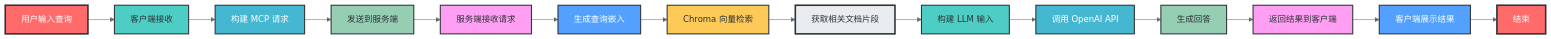
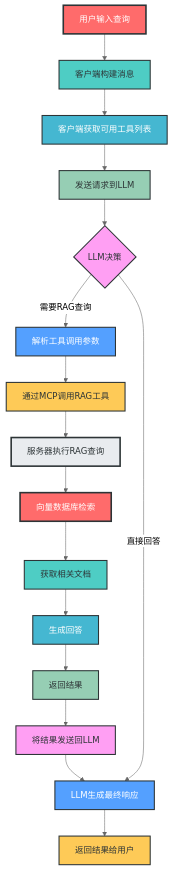
One commit to amuqiao/mcp_rag_llm changed the fourth of 4 diagrams in mcp_rag_langchain/README.md. Above: the diagram before and after it, drawn with Mermaid (neutral theme). The commit also changed other lines of this file and 4 other files, not shown here.

````diff
--- a/mcp_rag_langchain/README.md
+++ b/mcp_rag_langchain/README.md
@@ -157,31 +210,34 @@
 ```mermaid
-flowchart LR
-    A[用户输入查询] --> B[客户端接收]
-    B --> C[构建 MCP 请求]
-    C --> D[发送到服务端]
-    D --> E[服务端接收请求]
-    E --> F[生成查询嵌入]
-    F --> G[Chroma 向量检索]
-    G --> H[获取相关文档片段]
-    H --> I[构建 LLM 输入]
-    I --> J[调用 OpenAI API]
+flowchart TD
+    A[用户输入查询] --> B[客户端构建消息]
+    B --> C[客户端获取可用工具列表]
+    C --> D[发送请求到LLM]
+    D --> E{LLM决策}
+    E -->|需要RAG查询| F[解析工具调用参数]
+    F --> G[通过MCP调用RAG工具]
+    G --> H[服务器执行RAG查询]
+    H --> I[向量数据库检索]
+    I --> J[获取相关文档]
     J --> K[生成回答]
-    K --> L[返回结果到客户端]
-    L --> M[客户端展示结果]
-    M --> N[结束]
+    K --> L[返回结果]
+    L --> M[将结果发送回LLM]
+    M --> N[LLM生成最终响应]
+    N --> O[返回结果给用户]
+    E -->|直接回答| N
     
     style A fill:#FF6B6B,stroke:#2D3436,stroke-width:3px,color:white
     style B fill:#4ECDC4,stroke:#2D3436,stroke-width:2px,color:#2D3436
     style C fill:#45B7D1,stroke:#2D3436,stroke-width:2px,color:white
     style D fill:#96CEB4,stroke:#2D3436,stroke-width:2px,color:#2D3436
     style E fill:#FF9FF3,stroke:#2D3436,stroke-width:2px,color:#2D3436
     style F fill:#54A0FF,stroke:#2D3436,stroke-width:2px,color:white
     style G fill:#FECA57,stroke:#2D3436,stroke-width:2px,color:#2D3436
     style H fill:#E9ECEF,stroke:#2D3436,stroke-width:3px,color:#2D3436
-    style I fill:#4ECDC4,stroke:#2D3436,stroke-width:2px,color:#2D3436
-    style J fill:#45B7D1,stroke:#2D3436,stroke-width:2px,color:white
-    style K fill:#96CEB4,stroke:#2D3436,stroke-width:2px,color:#2D3436
-    style L fill:#FF9FF3,stroke:#2D3436,stroke-width:2px,color:#2D3436
-    style M fill:#54A0FF,stroke:#2D3436,stroke-width:2px,color:white
-    style N fill:#FF6B6B,stroke:#2D3436,stroke-width:3px,color:white
+    style I fill:#FF6B6B,stroke:#2D3436,stroke-width:3px,color:white
+    style J fill:#4ECDC4,stroke:#2D3436,stroke-width:2px,color:#2D3436
+    style K fill:#45B7D1,stroke:#2D3436,stroke-width:2px,color:white
+    style L fill:#96CEB4,stroke:#2D3436,stroke-width:2px,color:#2D3436
+    style M fill:#FF9FF3,stroke:#2D3436,stroke-width:2px,color:#2D3436
+    style N fill:#54A0FF,stroke:#2D3436,stroke-width:2px,color:white
+    style O fill:#FECA57,stroke:#2D3436,stroke-width:2px,color:#2D3436
 ```
````
